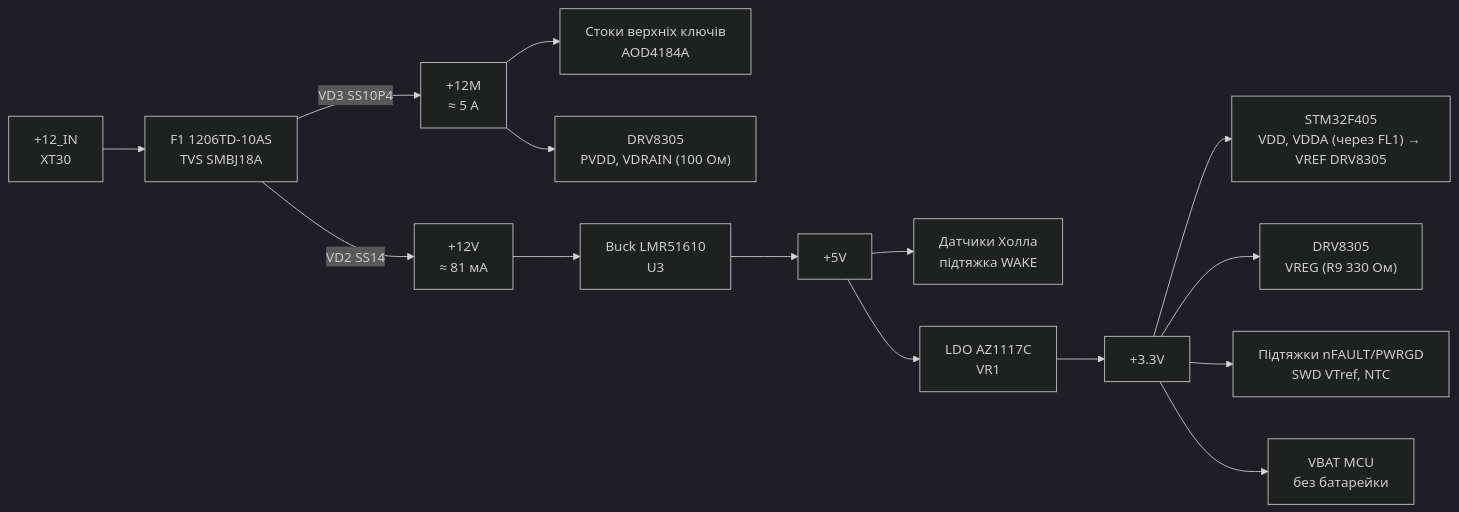
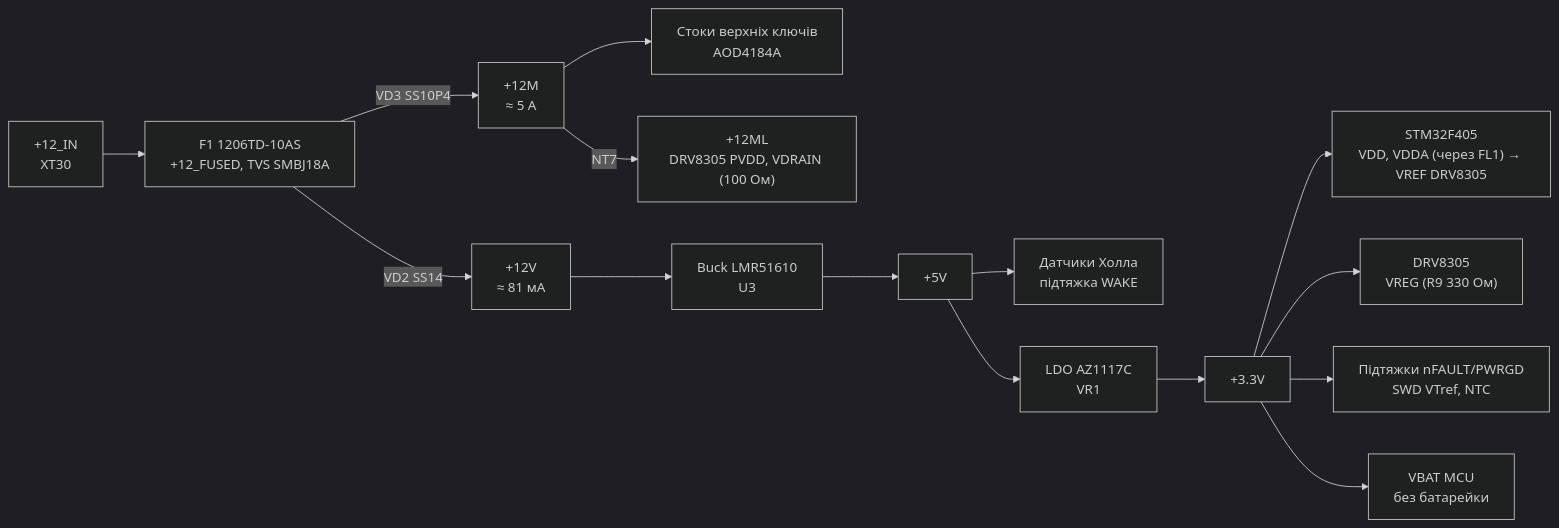
The second of 2 diagrams in motor-drive-controller/docs/architecture.md (anhro/hardware-development), drawn with Mermaid (dark theme) before and after one commit. The commit also changed other lines of this file and 6 other files, not shown here.

````diff
--- a/motor-drive-controller/docs/architecture.md
+++ b/motor-drive-controller/docs/architecture.md
@@ -33,17 +33,17 @@
 ```mermaid
 flowchart LR
-    IN["+12_IN<br/>XT30"] --> F1["F1 1206TD-10AS<br/>TVS SMBJ18A"]
+    IN["+12_IN<br/>XT30"] --> F1["F1 1206TD-10AS<br/>+12_FUSED, TVS SMBJ18A"]
     F1 -- "VD3 SS10P4" --> V12M["+12M<br/>≈ 5 А"]
     F1 -- "VD2 SS14" --> V12["+12V<br/>≈ 81 мА"]
     V12M --> Q["Стоки верхніх ключів<br/>AOD4184A"]
-    V12M --> PVDD["DRV8305<br/>PVDD, VDRAIN (100 Ом)"]
+    V12M -- "NT7" --> PVDD["+12ML<br/>DRV8305 PVDD, VDRAIN (100 Ом)"]
     V12 --> BUCK["Buck LMR51610<br/>U3"]
     BUCK --> V5["+5V"]
     V5 --> HALL["Датчики Холла<br/>підтяжка WAKE"]
     V5 --> LDO["LDO AZ1117C<br/>VR1"]
     LDO --> V33["+3.3V"]
     V33 --> MCUP["STM32F405<br/>VDD, VDDA (через FL1) → VREF DRV8305"]
     V33 --> DRVL["DRV8305<br/>VREG (R9 330 Ом)"]
     V33 --> PU["Підтяжки nFAULT/PWRGD<br/>SWD VTref, NTC"]
     V33 --> VBAT["VBAT MCU<br/>без батарейки"]
 ```
````
